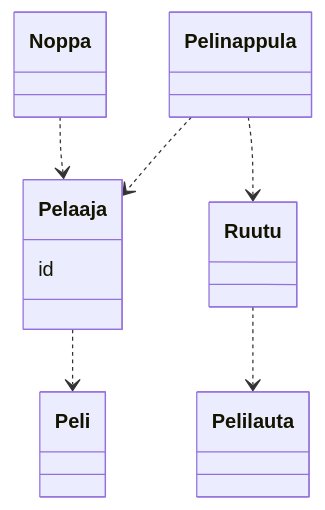
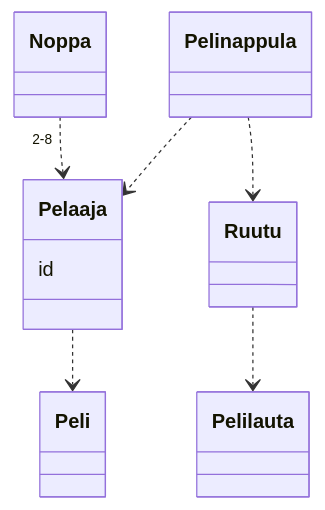
Before and after one commit to MiikaMatias/ot-harjoitustyo: the diagram in laskarit/viikko3/test.md, drawn with Mermaid.

````diff
--- a/laskarit/viikko3/test.md
+++ b/laskarit/viikko3/test.md
@@ -5,21 +5,21 @@
 ```mermaid
  classDiagram
       Ruutu ..> Pelilauta
-      Noppa ..> Pelaaja
+      Noppa "2-8" ..> Pelaaja
       Pelinappula ..> Pelaaja
       Pelinappula ..> Ruutu
       Pelaaja ..> Peli
       class Noppa{
       }
       class Pelaaja{
           id
       }
       class Pelilauta{
       }
       class Ruutu{
       }
       class Pelinappula {
       }
       class Peli {
       }
 ```
````
